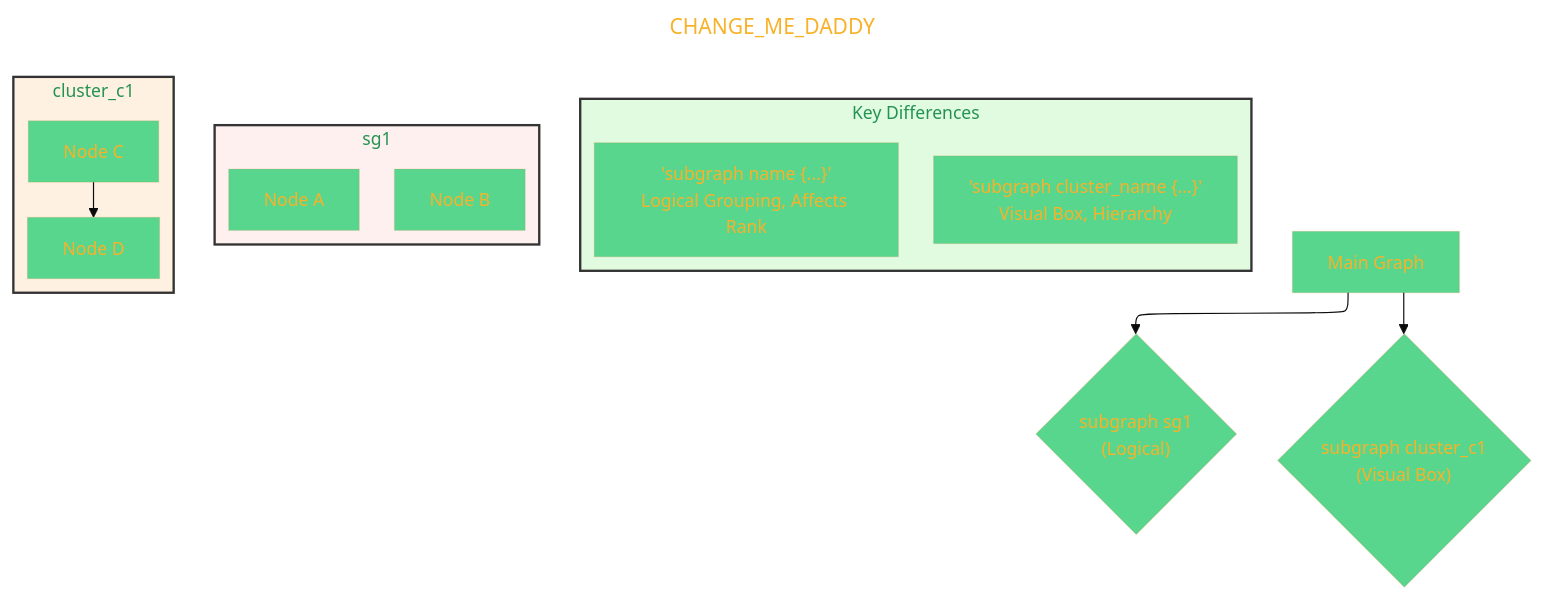
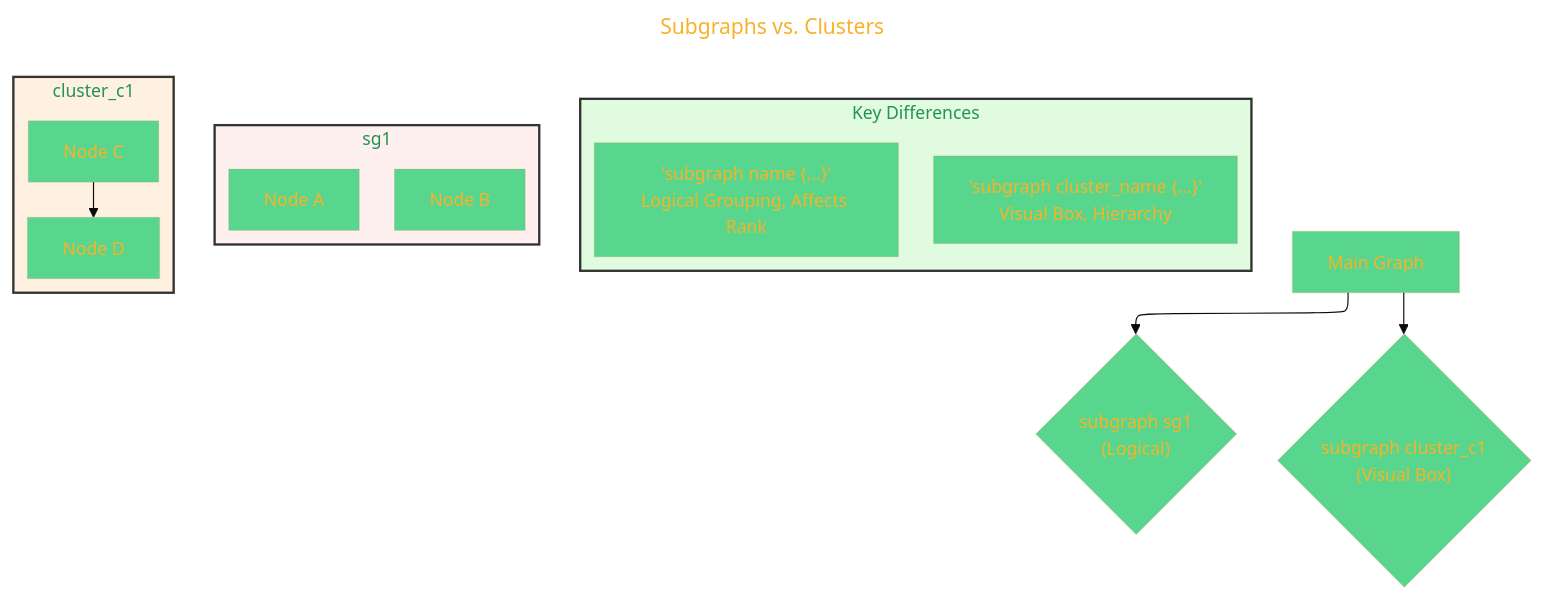
The third of 9 diagrams in regions/DOT_language/PART_2/Gallery_of_DOT_Concepts.md (CongLeSolutionX/The-Language-Atlas), drawn with Mermaid before and after one commit. The commit also changed other lines of this file and 6 other files, not shown here.

````diff
--- a/regions/DOT_language/PART_2/Gallery_of_DOT_Concepts.md
+++ b/regions/DOT_language/PART_2/Gallery_of_DOT_Concepts.md
@@ -118,50 +118,50 @@
 ```mermaid
 ---
-title: "CHANGE_ME_DADDY"
+title: "Subgraphs vs. Clusters"
 author: "Cong Le"
 version: "1.0"
 license(s): "MIT, CC BY 4.0"
 copyright: "Copyright (c) 2025 Cong Le. All Rights Reserved."
 config:
   layout: elk
   theme: base
 ---
 %%%%%%%% Mermaid version v11.4.1-b.14
 %%{
   init: {
     'fontFamily': 'Monaco',
     'themeVariables': {
       'primaryColor': '#58D68D',
       'primaryTextColor': '#F8B229',
       'primaryBorderColor': '#E622',
       'secondaryColor': '#E22F',
       'secondaryTextColor': '#6C3483',
       'secondaryBorderColor': '#A569BD',
       'fontSize': '15px'
     }
   }
 }%%
 graph TD
     A["Main Graph"] --> SB1{"subgraph sg1<br/>(Logical)"}
     A --> SB2{"subgraph cluster_c1<br/>(Visual Box)"}
 
     subgraph Key_Differences["Key Differences"]
     style Key_Differences fill:#2D22,stroke:#333,stroke-width:2px
         SGS["'subgraph name {...}'<br/>Logical Grouping, Affects Rank"]
         CLS["'subgraph cluster_name {...}'<br/>Visual Box, Hierarchy"]
     end
 
     subgraph sg1_Visual["sg1"]
     style sg1_Visual fill:#f221,stroke:#333,stroke-width:2px
       N1["Node A"]
       N2["Node B"]
     end
 
     subgraph cluster_c1_Visual["cluster_c1"]
     style cluster_c1_Visual fill:#f922,stroke:#333,stroke-width:2px
         C1["Node C"]
         C2["Node D"]
         C1 --> C2
     end
     
 ```
````
